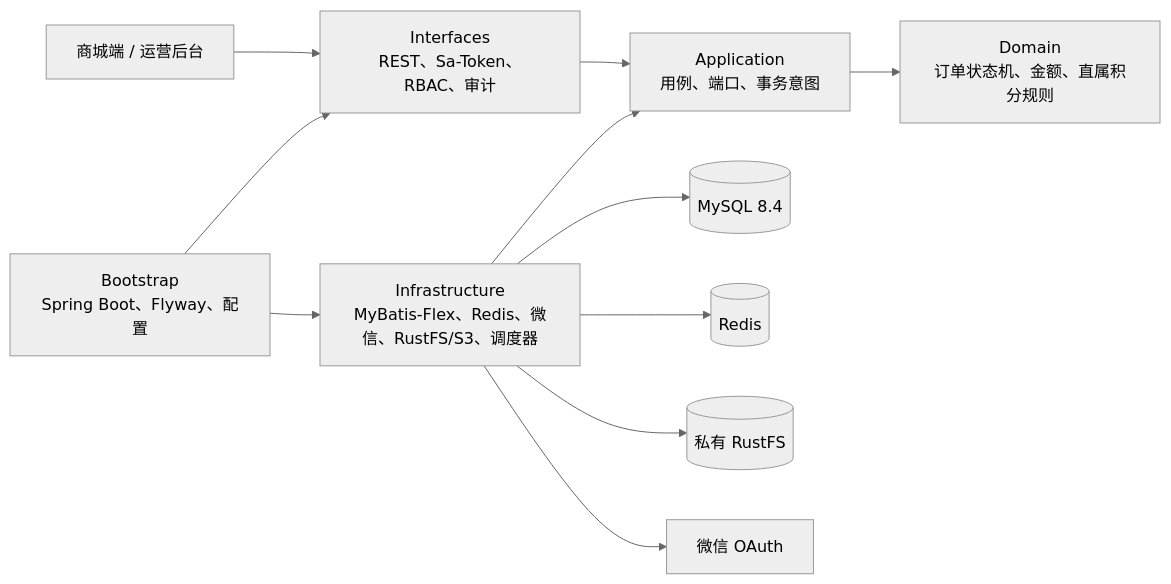
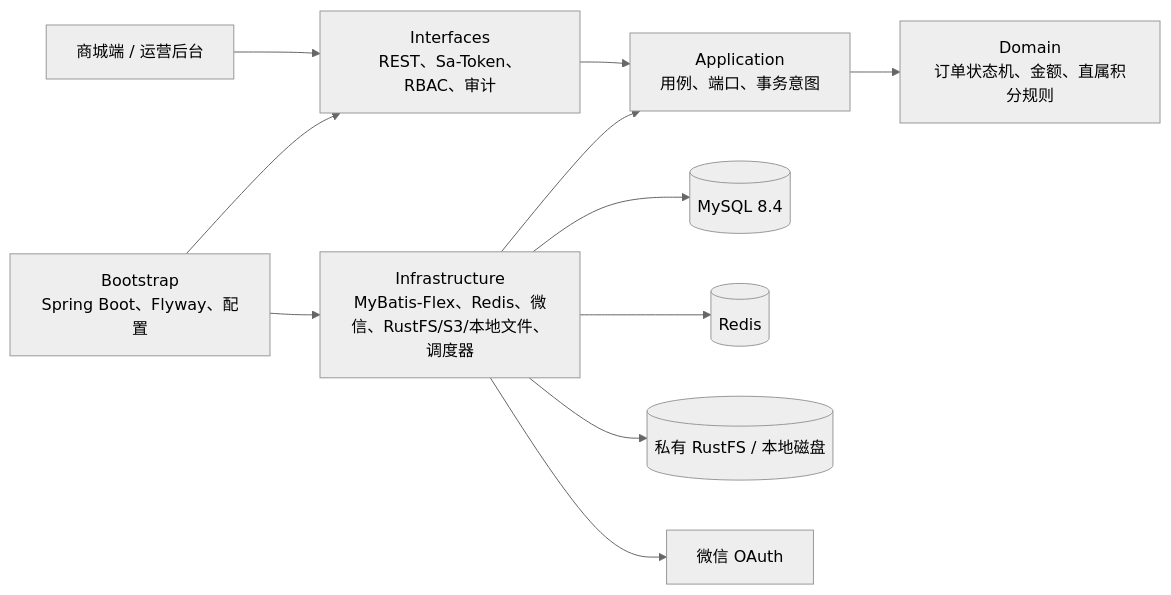
One commit to sydneypoole/market-shop changed the first of 3 diagrams in docs/architecture.md. Above: the diagram before and after it, drawn with Mermaid (neutral theme). The commit also changed other lines of this file and 11 other files, not shown here.

````diff
--- a/docs/architecture.md
+++ b/docs/architecture.md
@@ -5,13 +5,13 @@
 ```mermaid
 flowchart LR
     UI["商城端 / 运营后台"] --> IF["Interfaces\nREST、Sa-Token、RBAC、审计"]
     IF --> APP["Application\n用例、端口、事务意图"]
     APP --> DOM["Domain\n订单状态机、金额、直属积分规则"]
-    INF["Infrastructure\nMyBatis-Flex、Redis、微信、RustFS/S3、调度器"] --> APP
+    INF["Infrastructure\nMyBatis-Flex、Redis、微信、RustFS/S3/本地文件、调度器"] --> APP
     BOOT["Bootstrap\nSpring Boot、Flyway、配置"] --> IF
     BOOT --> INF
     INF --> MYSQL[("MySQL 8.4")]
     INF --> REDIS[("Redis")]
-    INF --> RUSTFS[("私有 RustFS")]
+    INF --> STORAGE[("私有 RustFS / 本地磁盘")]
     INF --> WX["微信 OAuth"]
 ```
````
